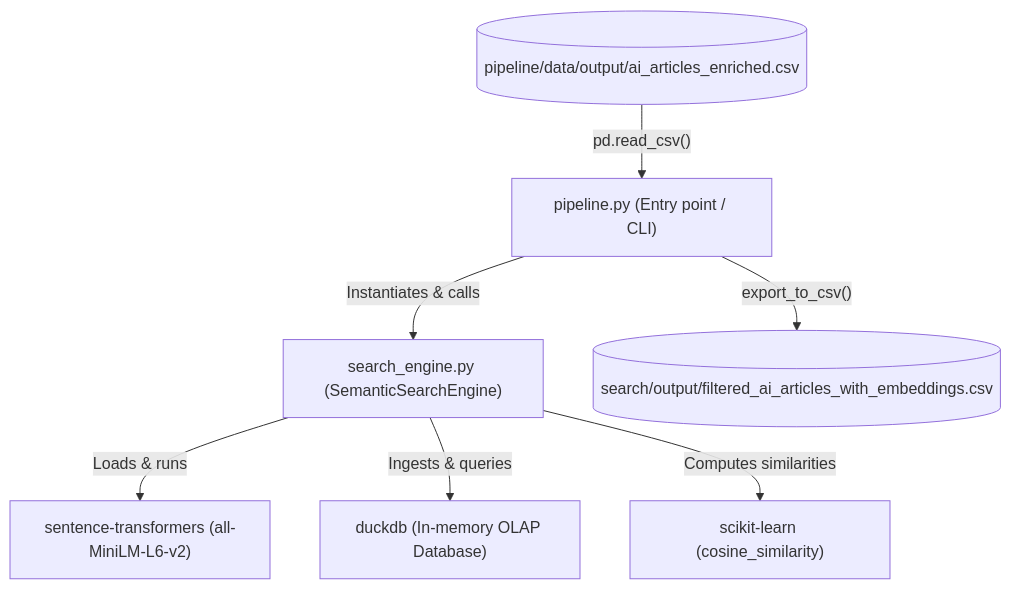
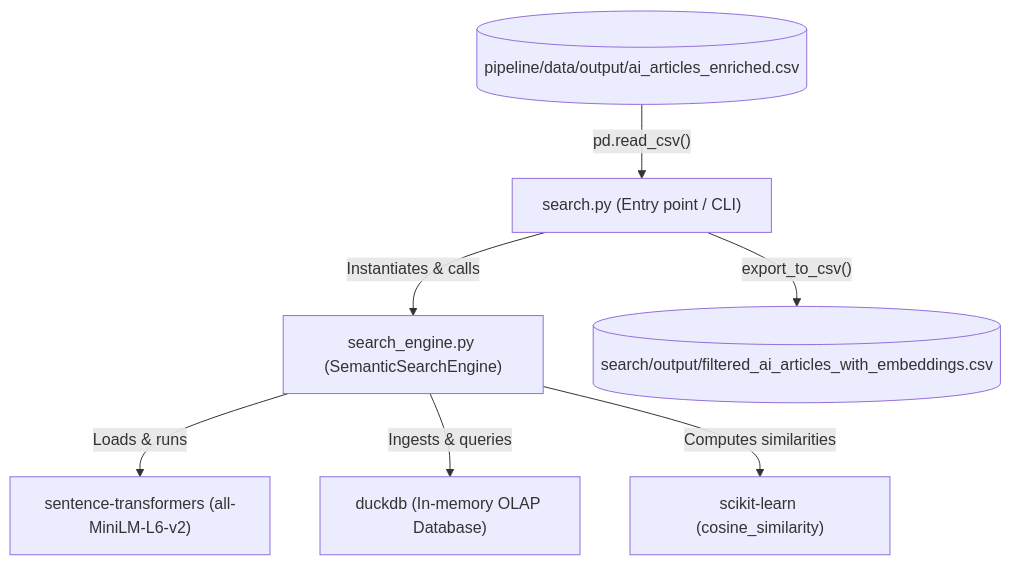
The first of 4 diagrams in search/MERMAID.md (huang-pan/takehome_yd), drawn with Mermaid before and after one commit. The commit also changed other lines of this file and 5 other files, not shown here.

````diff
--- a/search/MERMAID.md
+++ b/search/MERMAID.md
@@ -11,17 +11,17 @@
 ```mermaid
 graph TD
-    CLI["pipeline.py (Entry point / CLI)"]
+    CLI["search.py (Entry point / CLI)"]
     ENGINE["search_engine.py (SemanticSearchEngine)"]
     MODEL["sentence-transformers (all-MiniLM-L6-v2)"]
     DB["duckdb (In-memory OLAP Database)"]
     SCIKIT["scikit-learn (cosine_similarity)"]
     CSV_IN[("pipeline/data/output/ai_articles_enriched.csv")]
     CSV_OUT[("search/output/filtered_ai_articles_with_embeddings.csv")]
 
     CLI -->|"Instantiates & calls"| ENGINE
     ENGINE -->|"Loads & runs"| MODEL
     ENGINE -->|"Ingests & queries"| DB
     ENGINE -->|"Computes similarities"| SCIKIT
     CSV_IN -->|"pd.read_csv()"| CLI
     CLI -->|"export_to_csv()"| CSV_OUT
 ```
````
